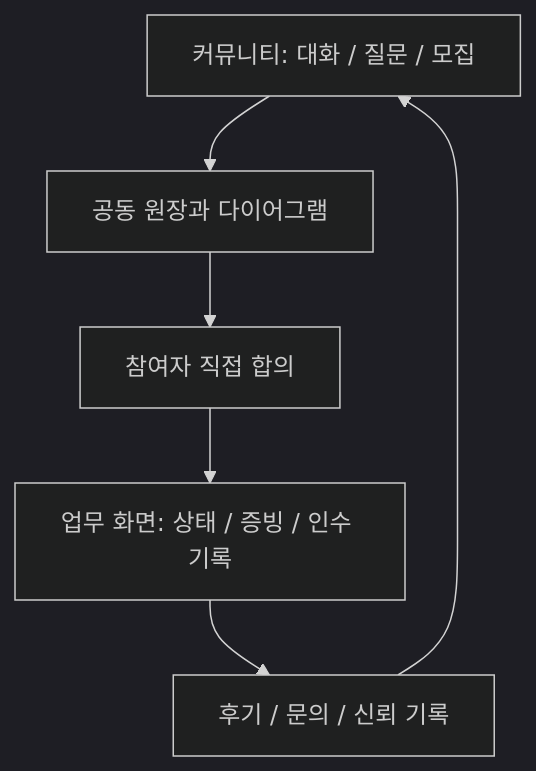
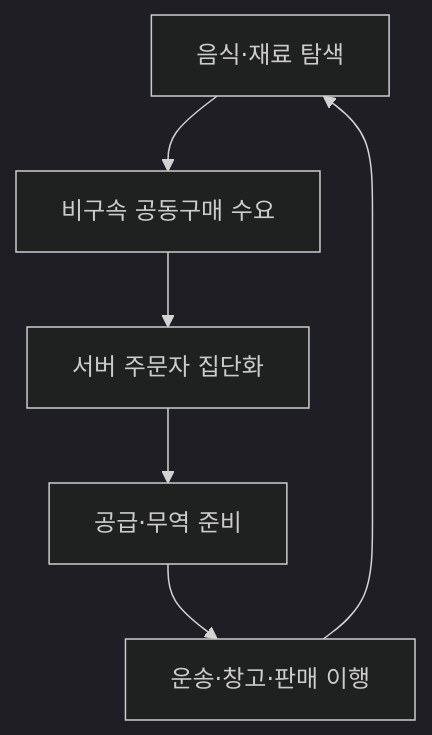
The second of 15 diagrams in Ssalddel/README.md (cheolwo/hongdal), drawn with Mermaid (dark theme) before and after one commit. The commit also changed other lines of this file and 114 other files, not shown here.

````diff
--- a/Ssalddel/README.md
+++ b/Ssalddel/README.md
@@ -84,8 +85,8 @@
 ```mermaid
 flowchart TD
-    A["커뮤니티: 대화 / 질문 / 모집"] --> B["공동 원장과 다이어그램"]
-    B --> C["참여자 직접 합의"]
-    C --> D["업무 화면: 상태 / 증빙 / 인수 기록"]
-    D --> E["후기 / 문의 / 신뢰 기록"]
+    A["음식·재료 탐색"] --> B["비구속 공동구매 수요"]
+    B --> C["서버 주문자 집단화"]
+    C --> D["공급·무역 준비"]
+    D --> E["운송·창고·판매 이행"]
     E --> A
 ```
````
